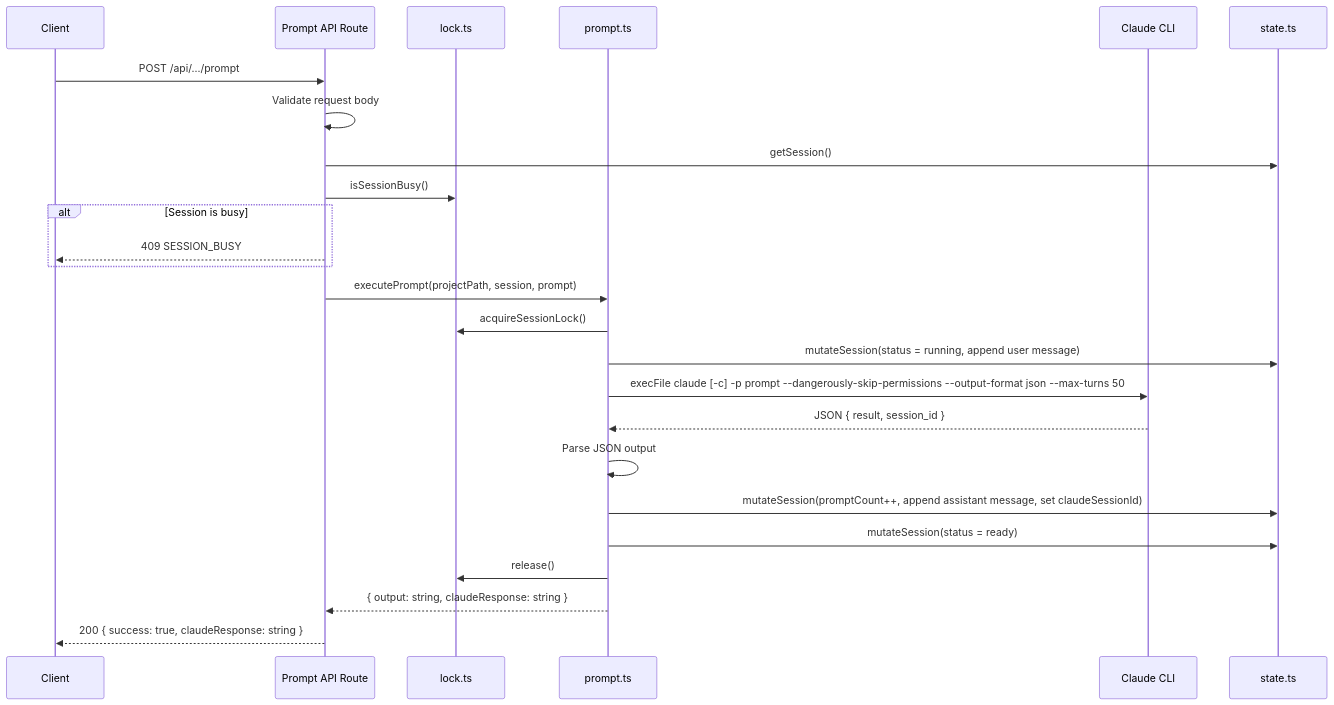
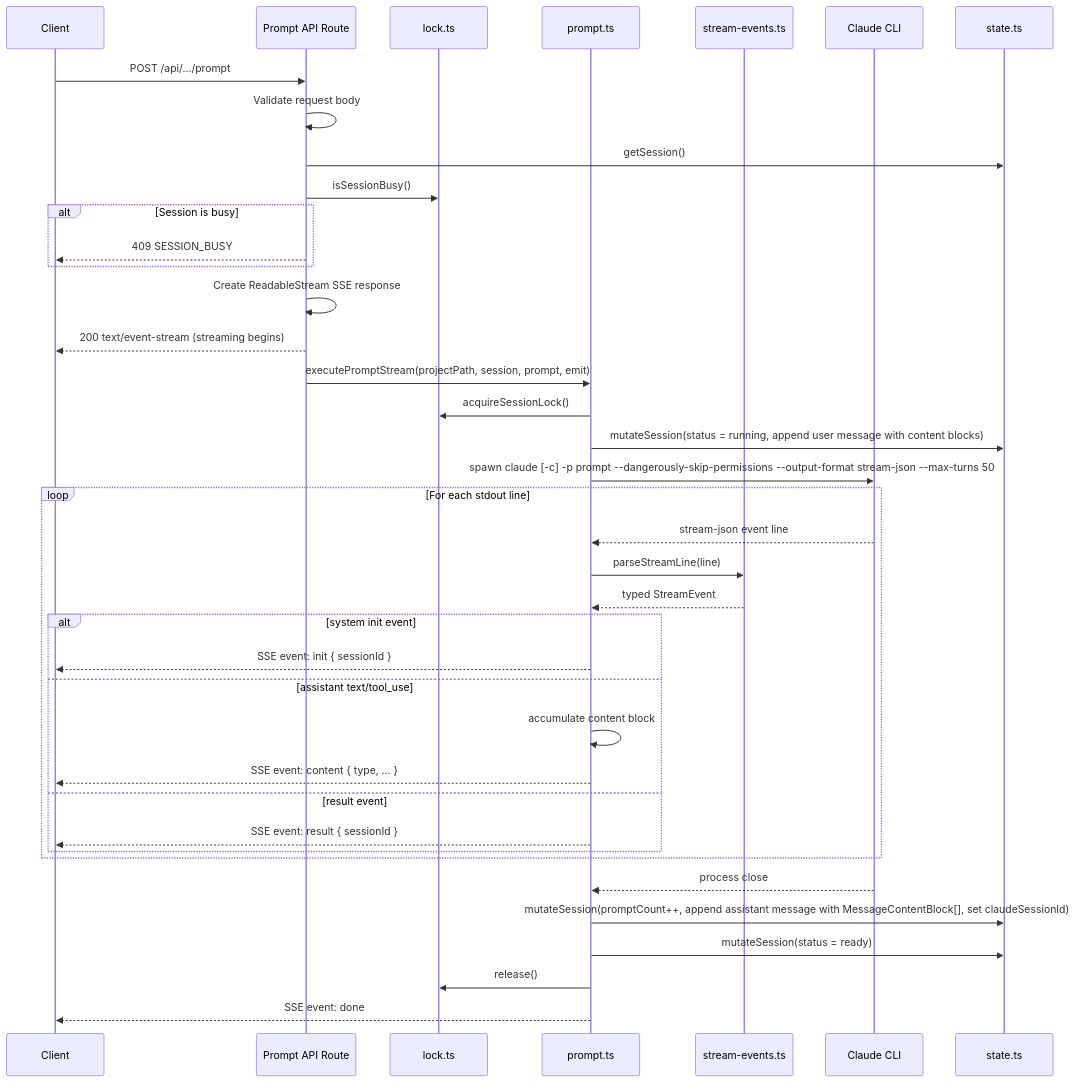
Before and after one commit to amhuppert/remote-ai-manager: the second of 3 diagrams in .kiro/specs/prompt-execution/design.md, drawn with Mermaid. The commit also changed other lines of this file and 33 other files, not shown here.

Commit message:
Show Claude Code tool calls

````diff
--- a/.kiro/specs/prompt-execution/design.md
+++ b/.kiro/specs/prompt-execution/design.md
@@ -95,28 +98,42 @@
 ```mermaid
 sequenceDiagram
     participant Client
     participant API as Prompt API Route
     participant Lock as lock.ts
     participant PE as prompt.ts
+    participant SE as stream-events.ts
     participant CLI as Claude CLI
     participant State as state.ts
 
     Client->>API: POST /api/.../prompt
     API->>API: Validate request body
     API->>State: getSession()
     API->>Lock: isSessionBusy()
     alt Session is busy
         API-->>Client: 409 SESSION_BUSY
     end
-    API->>PE: executePrompt(projectPath, session, prompt)
+    API->>API: Create ReadableStream SSE response
+    API-->>Client: 200 text/event-stream (streaming begins)
+    API->>PE: executePromptStream(projectPath, session, prompt, emit)
     PE->>Lock: acquireSessionLock()
-    PE->>State: mutateSession(status = running, append user message)
-    PE->>CLI: execFile claude [-c] -p prompt --dangerously-skip-permissions --output-format json --max-turns 50
-    CLI-->>PE: JSON { result, session_id }
-    PE->>PE: Parse JSON output
-    PE->>State: mutateSession(promptCount++, append assistant message, set claudeSessionId)
+    PE->>State: mutateSession(status = running, append user message with content blocks)
+    PE->>CLI: spawn claude [-c] -p prompt --dangerously-skip-permissions --output-format stream-json --max-turns 50
+    loop For each stdout line
+        CLI-->>PE: stream-json event line
+        PE->>SE: parseStreamLine(line)
+        SE-->>PE: typed StreamEvent
+        alt system init event
+            PE-->>Client: SSE event: init { sessionId }
+        else assistant text/tool_use
+            PE->>PE: accumulate content block
+            PE-->>Client: SSE event: content { type, ... }
+        else result event
+            PE-->>Client: SSE event: result { sessionId }
+        end
+    end
+    CLI-->>PE: process close
+    PE->>State: mutateSession(promptCount++, append assistant message with MessageContentBlock[], set claudeSessionId)
     PE->>State: mutateSession(status = ready)
     PE->>Lock: release()
-    PE-->>API: { output: string, claudeResponse: string }
-    API-->>Client: 200 { success: true, claudeResponse: string }
+    PE-->>Client: SSE event: done
 ```
````
